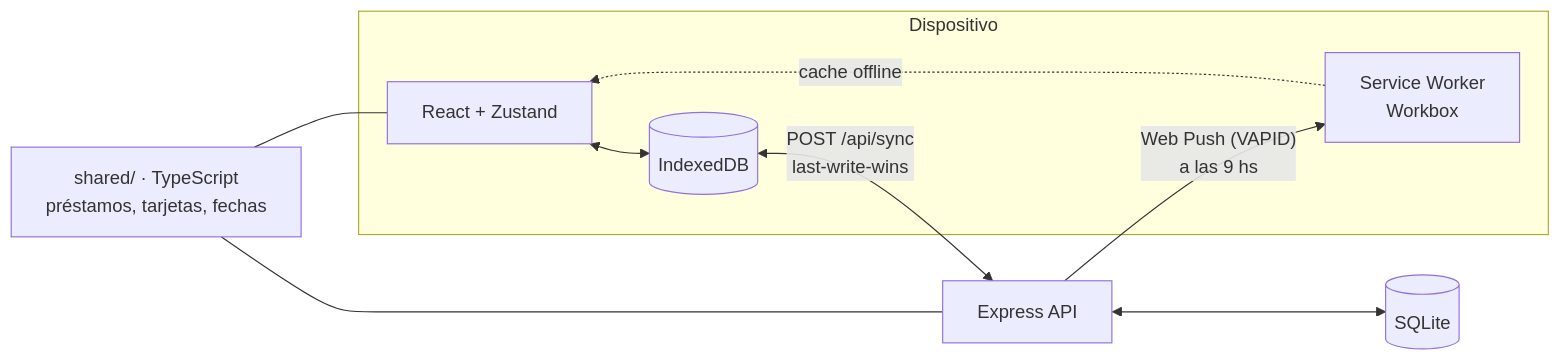
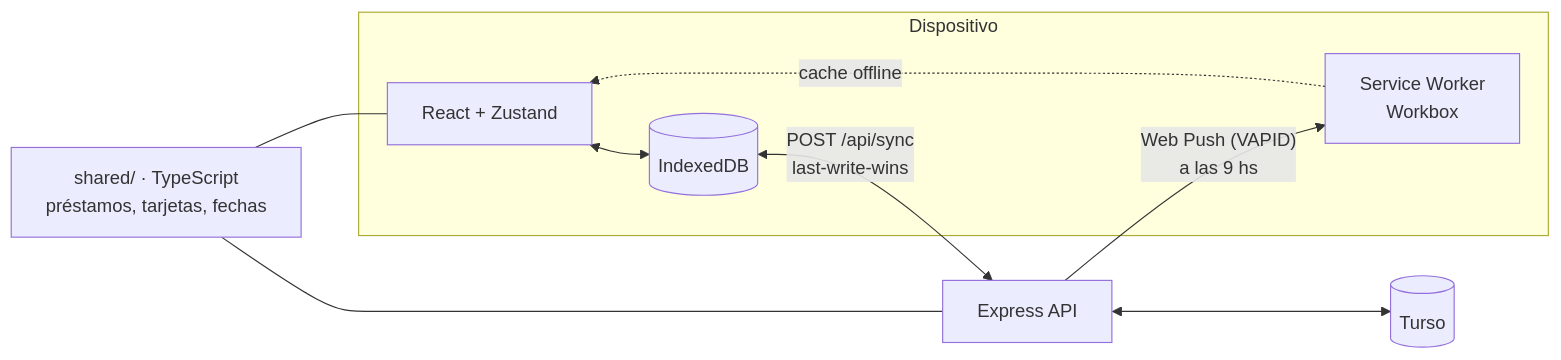
Before and after one commit to ornemeolans/flujo: the diagram in README.md, drawn with Mermaid. The commit also changed other lines of this file and 5 other files, not shown here.

````diff
--- a/README.md
+++ b/README.md
@@ -39,12 +39,12 @@
 ```mermaid
 flowchart LR
   subgraph Dispositivo
     UI[React + Zustand] <--> IDB[(IndexedDB)]
     SW[Service Worker<br/>Workbox] -.cache offline.-> UI
   end
   IDB <-- "POST /api/sync<br/>last-write-wins" --> API[Express API]
-  API <--> DB[(SQLite)]
+  API <--> DB[(Turso)]
   API -- "Web Push (VAPID)<br/>a las 9 hs" --> SW
   SHARED[shared/ · TypeScript<br/>préstamos, tarjetas, fechas] --- UI
   SHARED --- API
 ```
````
